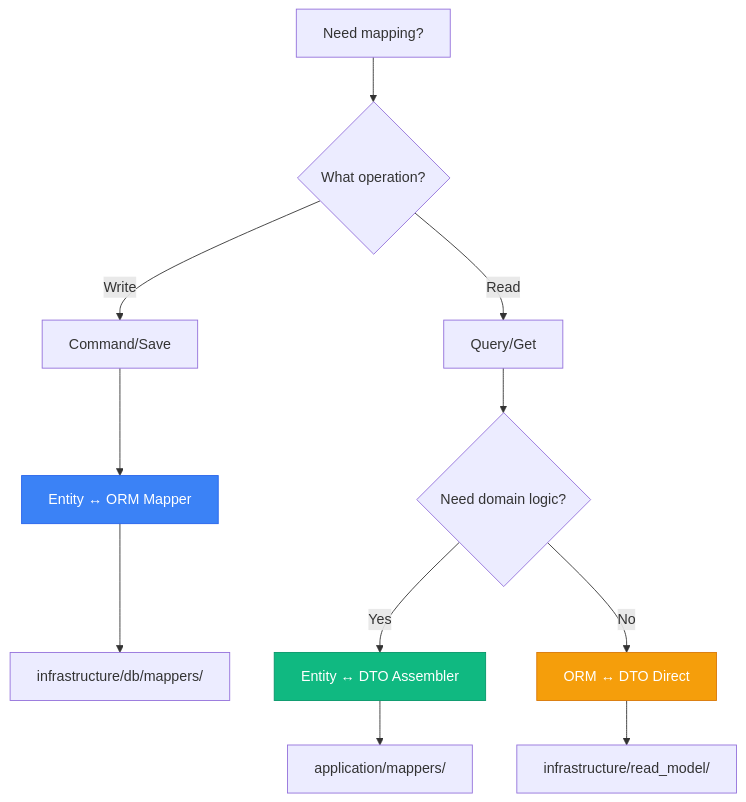
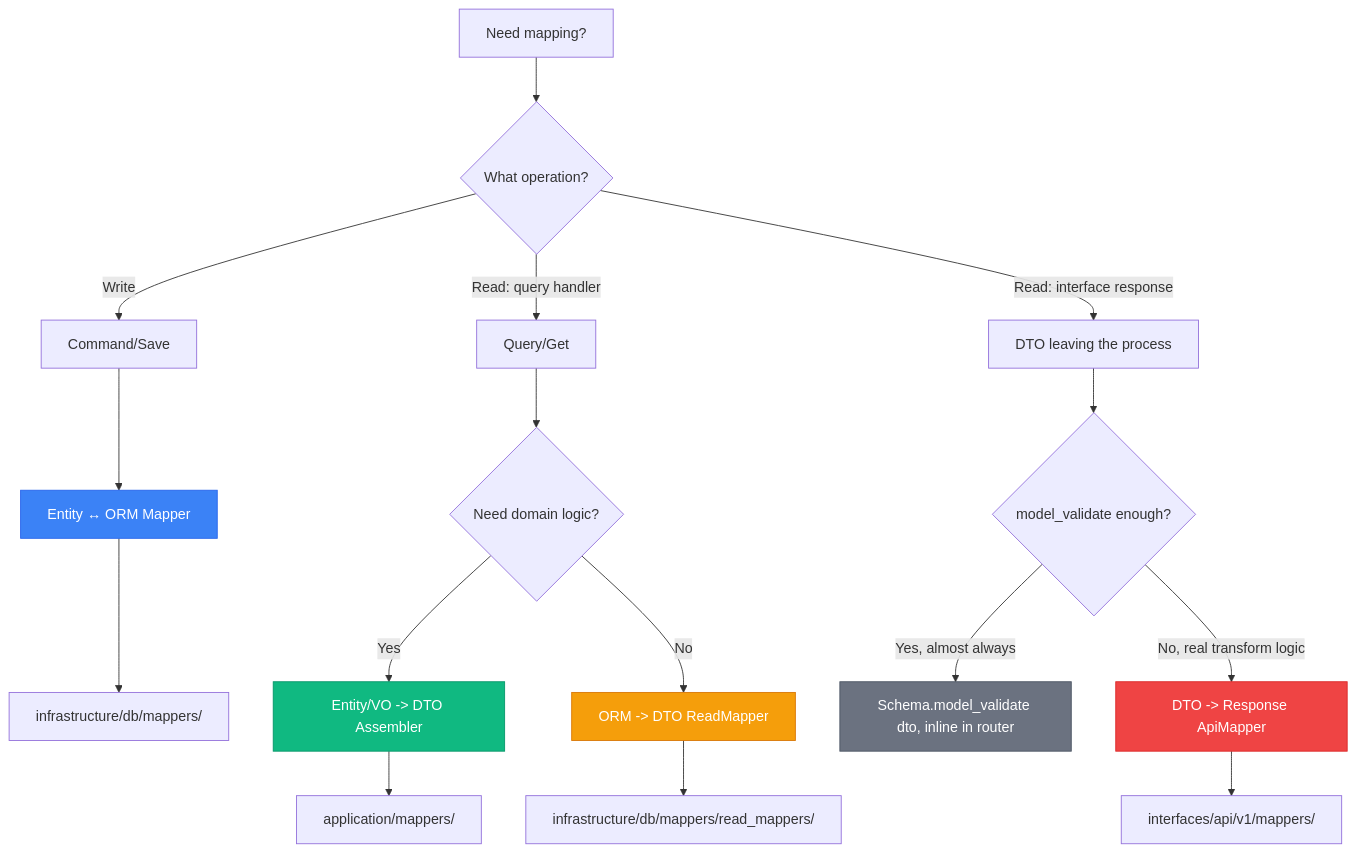
The first of 2 diagrams in plugins/python-suite/skills/clean-ddd-hexagonal-python/references/LAYERS.md (p-hzamora/claude-flow), drawn with Mermaid before and after one commit. The commit also changed other lines of this file and 12 other files, not shown here.

````diff
--- a/plugins/python-suite/skills/clean-ddd-hexagonal-python/references/LAYERS.md
+++ b/plugins/python-suite/skills/clean-ddd-hexagonal-python/references/LAYERS.md
@@ -820,22 +843,30 @@
 ```mermaid
 flowchart TD
     Start[Need mapping?]
     Start --> Q1{What operation?}
 
     Q1 -->|Write| Write[Command/Save]
-    Q1 -->|Read| Read[Query/Get]
+    Q1 -->|Read: query handler| Read[Query/Get]
+    Q1 -->|Read: interface response| Resp[DTO leaving the process]
 
     Write --> EntityORM[Entity ↔ ORM Mapper]
     EntityORM --> Loc1[infrastructure/db/mappers/]
 
     Read --> Q2{Need domain logic?}
-    Q2 -->|Yes| EntityDTO[Entity ↔ DTO Assembler]
-    Q2 -->|No| ORMDTO[ORM ↔ DTO Direct]
+    Q2 -->|Yes| EntityDTO[Entity/VO -> DTO Assembler]
+    Q2 -->|No| ORMDTO[ORM -> DTO ReadMapper]
 
     EntityDTO --> Loc2[application/mappers/]
-    ORMDTO --> Loc3[infrastructure/read_model/]
+    ORMDTO --> Loc3[infrastructure/db/mappers/read_mappers/]
+
+    Resp --> Q3{model_validate enough?}
+    Q3 -->|Yes, almost always| Inline[Schema.model_validate dto, inline in router]
+    Q3 -->|No, real transform logic| ApiMapper[DTO -> Response ApiMapper]
+    ApiMapper --> Loc4[interfaces/api/v1/mappers/]
 
     style EntityORM fill:#3b82f6,stroke:#2563eb,color:white
     style EntityDTO fill:#10b981,stroke:#059669,color:white
     style ORMDTO fill:#f59e0b,stroke:#d97706,color:white
+    style Inline fill:#6b7280,stroke:#4b5563,color:white
+    style ApiMapper fill:#ef4444,stroke:#dc2626,color:white
 ```
````
